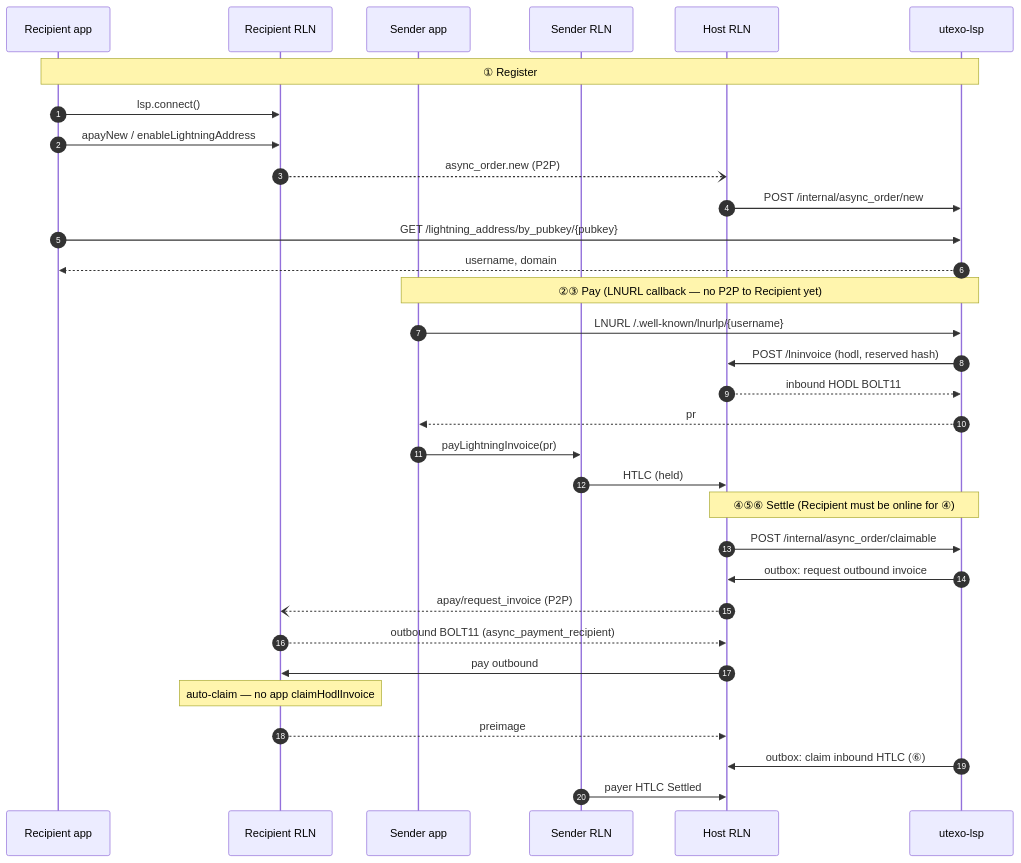
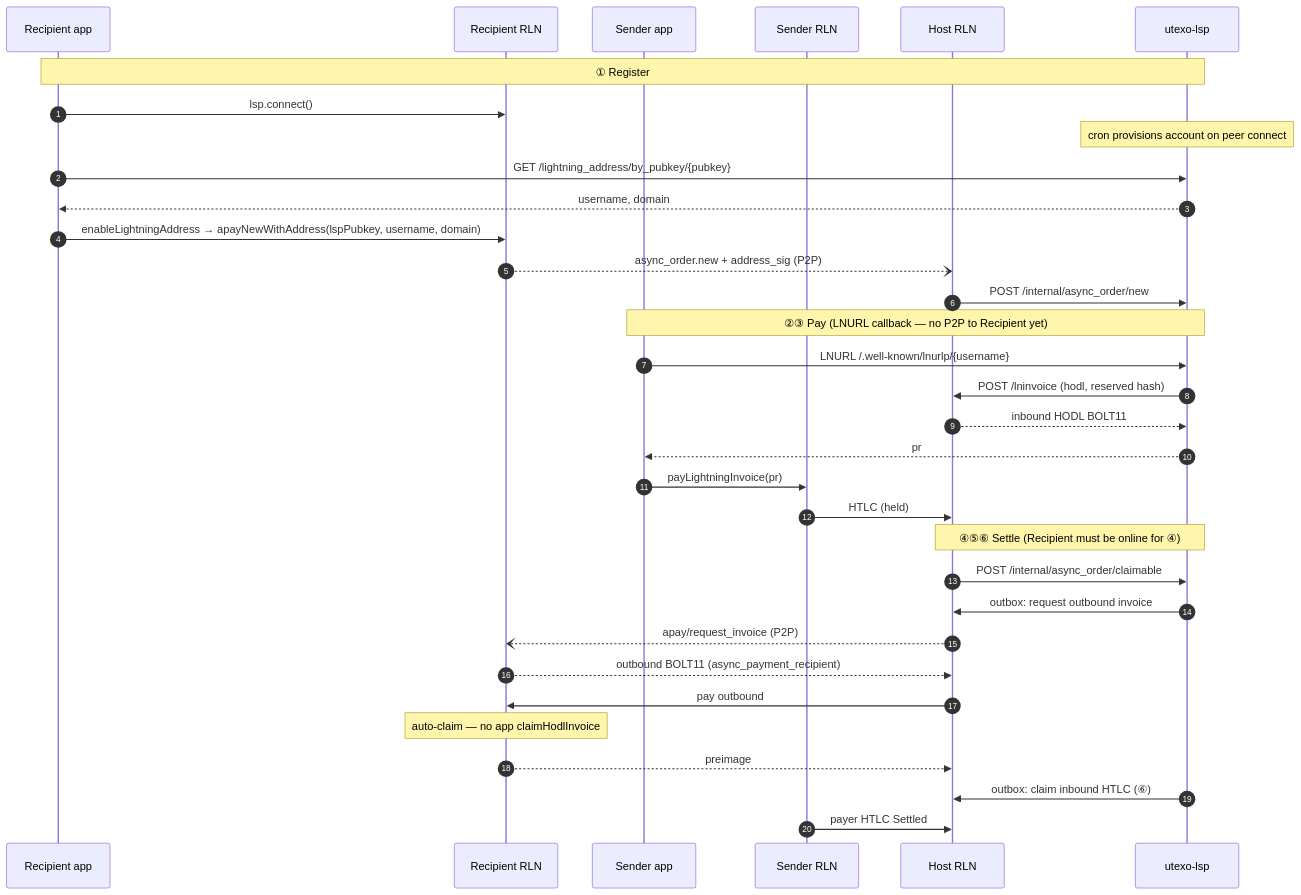
One commit to UTEXO-Protocol/rgb-sdk-rn changed the second of 2 diagrams in docs/async-payments.md. Above: the diagram before and after it, drawn with Mermaid. The commit also changed other lines of this file and 17 other files, not shown here.

````diff
--- a/docs/async-payments.md
+++ b/docs/async-payments.md
@@ -63,37 +63,38 @@
 ```mermaid
 sequenceDiagram
   autonumber
   participant RB as Recipient app
   participant RR as Recipient RLN
   participant SA as Sender app
   participant SR as Sender RLN
   participant H as Host RLN
   participant L as utexo-lsp
 
   Note over RB,L: ① Register
   RB->>RR: lsp.connect()
-  RB->>RR: apayNew / enableLightningAddress
-  RR--)H: async_order.new (P2P)
-  H->>L: POST /internal/async_order/new
+  Note over L: cron provisions account on peer connect
   RB->>L: GET /lightning_address/by_pubkey/{pubkey}
   L-->>RB: username, domain
+  RB->>RR: enableLightningAddress → apayNewWithAddress(lspPubkey, username, domain)
+  RR--)H: async_order.new + address_sig (P2P)
+  H->>L: POST /internal/async_order/new
 
   Note over SA,L: ②③ Pay (LNURL callback — no P2P to Recipient yet)
   SA->>L: LNURL /.well-known/lnurlp/{username}
   L->>H: POST /lninvoice (hodl, reserved hash)
   H-->>L: inbound HODL BOLT11
   L-->>SA: pr
   SA->>SR: payLightningInvoice(pr)
   SR->>H: HTLC (held)
 
   Note over H,L: ④⑤⑥ Settle (Recipient must be online for ④)
   H->>L: POST /internal/async_order/claimable
   L->>H: outbox: request outbound invoice
   H--)RR: apay/request_invoice (P2P)
   RR-->>H: outbound BOLT11 (async_payment_recipient)
   H->>RR: pay outbound
   Note over RR: auto-claim — no app claimHodlInvoice
   RR-->>H: preimage
   L->>H: outbox: claim inbound HTLC (⑥)
   SR->>H: payer HTLC Settled
 ```
````
